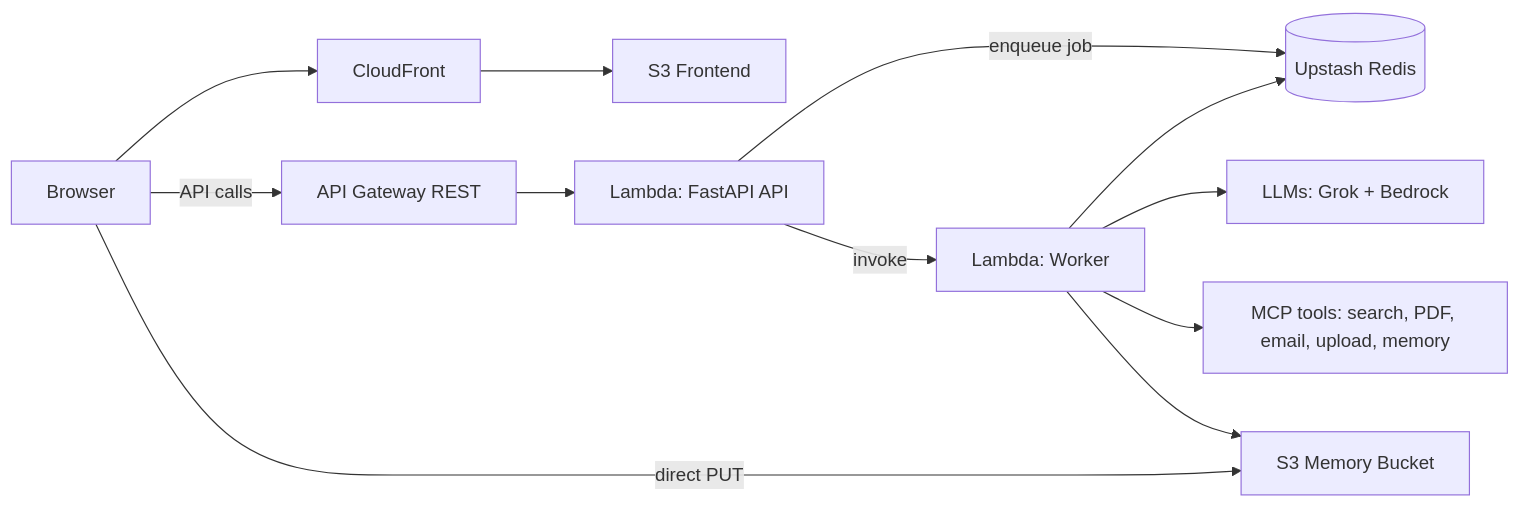
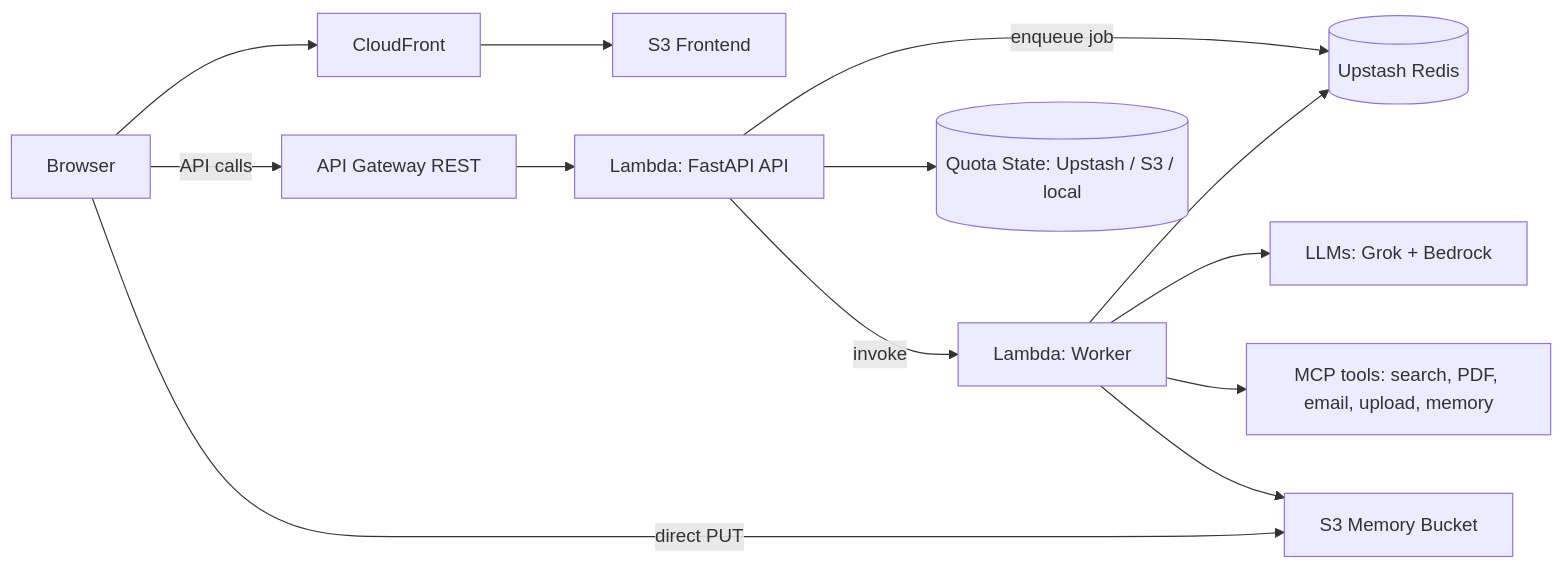
Before and after one commit to rhyegacillos/agents-app: the diagram in CAPSTONE.md, drawn with Mermaid. The commit also changed other lines of this file and 47 other files, not shown here.

````diff
--- a/CAPSTONE.md
+++ b/CAPSTONE.md
@@ -41,14 +43,15 @@
 ```mermaid
 flowchart LR
   U[Browser] --> CF[CloudFront]
   CF --> FE[S3 Frontend]
   U -->|API calls| APIGW[API Gateway REST]
   APIGW --> API[Lambda: FastAPI API]
   API -->|enqueue job| R[(Upstash Redis)]
   API -->|invoke| W[Lambda: Worker]
   W --> R
   W --> LLM[LLMs: Grok + Bedrock]
   W --> MCP[MCP tools: search, PDF, email, upload, memory]
   W --> S3[S3 Memory Bucket]
+  API --> Q[(Quota State: Upstash / S3 / local)]
   U -->|direct PUT| S3
 ```
````
